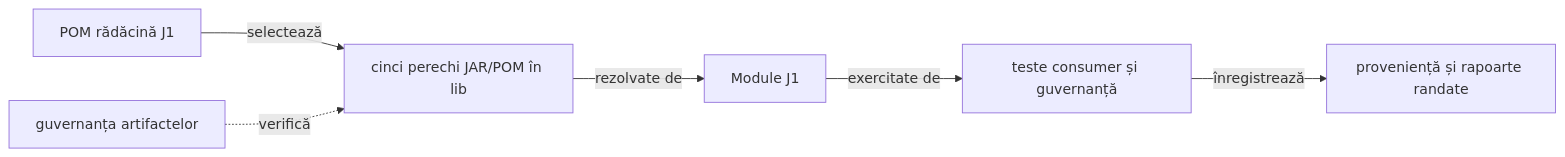
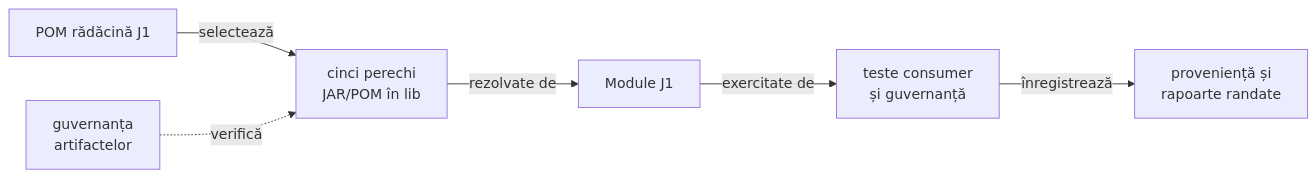
Before and after one commit to crististefanita/atf_j1: the diagram in atf-tests/src/test/java/atf/api/tests/governance/distribution/README.md, drawn with Mermaid. The commit also changed 17 other files, not shown here.

```diff
--- a/atf-tests/src/test/java/atf/api/tests/governance/distribution/README.md
+++ b/atf-tests/src/test/java/atf/api/tests/governance/distribution/README.md
@@ -33,8 +33,8 @@
 ~~~mermaid
 flowchart LR
-    POM["POM rădăcină J1"] -->|selectează| Pair["cinci perechi JAR/POM în lib"]
+    POM["POM rădăcină J1"] -->|selectează| Pair["cinci perechi<br/>JAR/POM în lib"]
     Pair -->|rezolvate de| Reactor["Module J1"]
-    Reactor -->|exercitate de| Tests["teste consumer și guvernanță"]
-    Tests -->|înregistrează| Evidence["proveniență și rapoarte randate"]
-    Guard["guvernanța artifactelor"] -. verifică .-> Pair
+    Reactor -->|exercitate de| Tests["teste consumer<br/>și guvernanță"]
+    Tests -->|înregistrează| Evidence["proveniență și<br/>rapoarte randate"]
+    Guard["guvernanța<br/>artifactelor"] -. verifică .-> Pair
 ~~~
```
